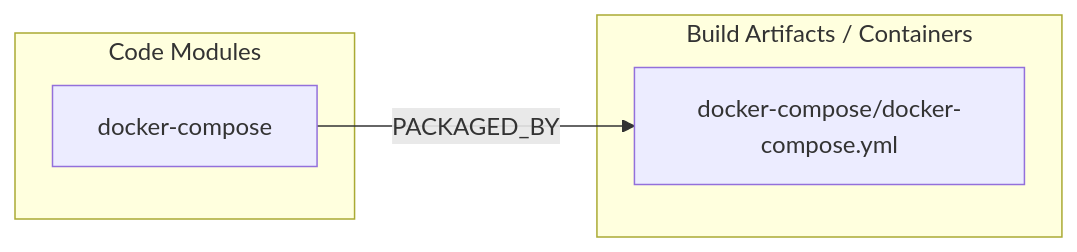
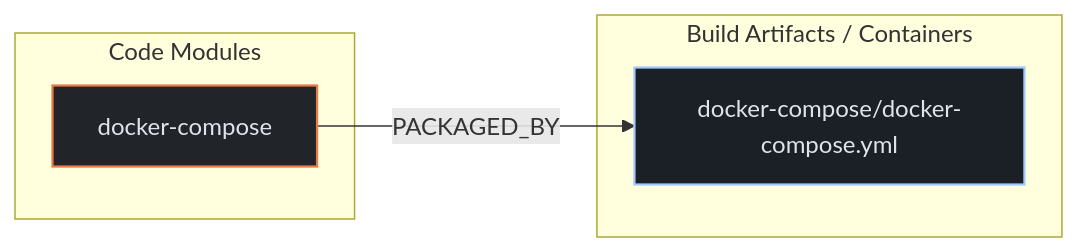
Before and after one commit to kumarshaz/atruss-code-atlas: the second of 3 diagrams in exports/latest/reports/langfuse-oss-llmops-stack-report.md, drawn with Mermaid. The commit also changed other lines of this file and 331 other files, not shown here.

Commit message:
docs,ui,fix: update SDLC docs, reorder CI/CD DAG first, stylize Mermaid, and fix Arc42 pipeline topology

````diff
--- a/exports/latest/reports/langfuse-oss-llmops-stack-report.md
+++ b/exports/latest/reports/langfuse-oss-llmops-stack-report.md
@@ -113,10 +120,14 @@
 ```mermaid
 flowchart LR
+    classDef atlasCategory fill:#212428,stroke:#E87A48,stroke-width:1.5px,color:#dfe3eb
+    classDef atlasWorkflow fill:#1b2026,stroke:#a3c9ff,stroke-width:1.5px,color:#dfe3eb
+    classDef atlasJob fill:#171c22,stroke:#8d9199,stroke-width:1px,color:#dfe3eb
+    classDef atlasTarget fill:#005227,stroke:#8bd99b,stroke-width:1.5px,color:#a7f6b6
     subgraph code_modules["Code Modules"]
-        mod_docker_compose["docker-compose"]
+        mod_docker_compose["docker-compose"]:::atlasCategory
     end
     subgraph build_artifacts["Build Artifacts / Containers"]
-        art_docker_compose_docker_compose_yml["docker-compose/docker-compose.yml"]
+        art_docker_compose_docker_compose_yml["docker-compose/docker-compose.yml"]:::atlasWorkflow
     end
     mod_docker_compose -->|PACKAGED_BY| art_docker_compose_docker_compose_yml
 ```
````
